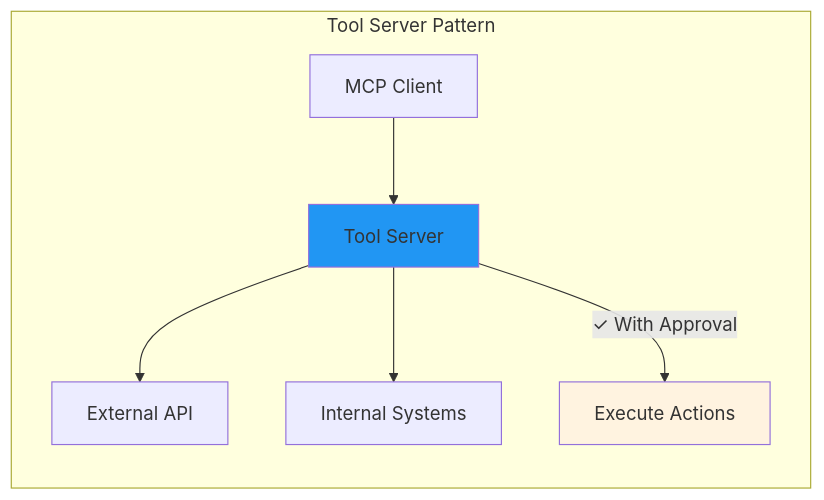
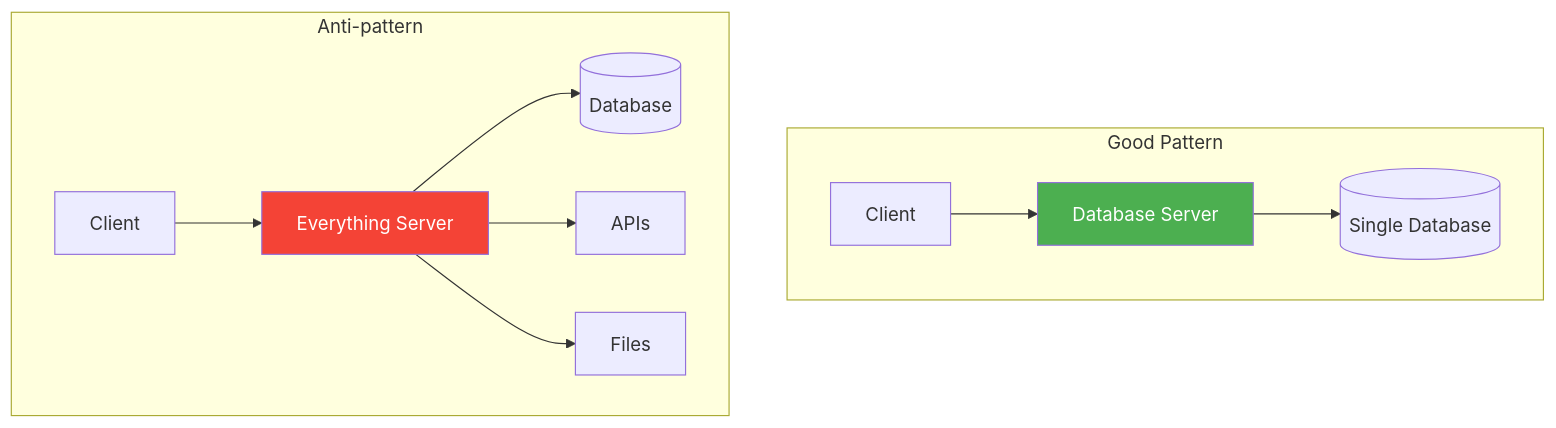
One commit to felipepimentel/my-public-notes changed diagram 15 of 39 in AI/Comunicação/MCP/00-mcp-presentation-zero to hero.md. Above: the diagram before and after it, drawn with Mermaid. The commit also changed other lines of this file, not shown here.

````diff
--- a/AI/Comunicação/MCP/00-mcp-presentation-zero to hero.md
+++ b/AI/Comunicação/MCP/00-mcp-presentation-zero to hero.md
@@ -496,13 +467,15 @@
 ```mermaid
-graph LR
-    subgraph "Tool Server Pattern"
-        CLIENT[MCP Client] --> SERVER[Tool Server]
-        SERVER --> API1[External API]
-        SERVER --> API2[Internal Systems]
-        
-        SERVER -->|✓ With Approval| ACTIONS[Execute Actions]
+graph TD
+    subgraph "Good Pattern"
+        CLIENT[Client] --> FOCUSED[Database Server]
+        FOCUSED --> DB[(Single Database)]
     end
     
-    style SERVER fill:#2196F3
-    style ACTIONS fill:#fff3e0
+    subgraph "Anti-pattern"
+        CLIENT2[Client] --> MIXED[Everything Server]
+        MIXED --> DB2[(Database)] & API[APIs] & FILES[Files]
+    end
+    
+    style FOCUSED fill:#4CAF50,color:#fff
+    style MIXED fill:#f44336,color:#fff
 ```
````
